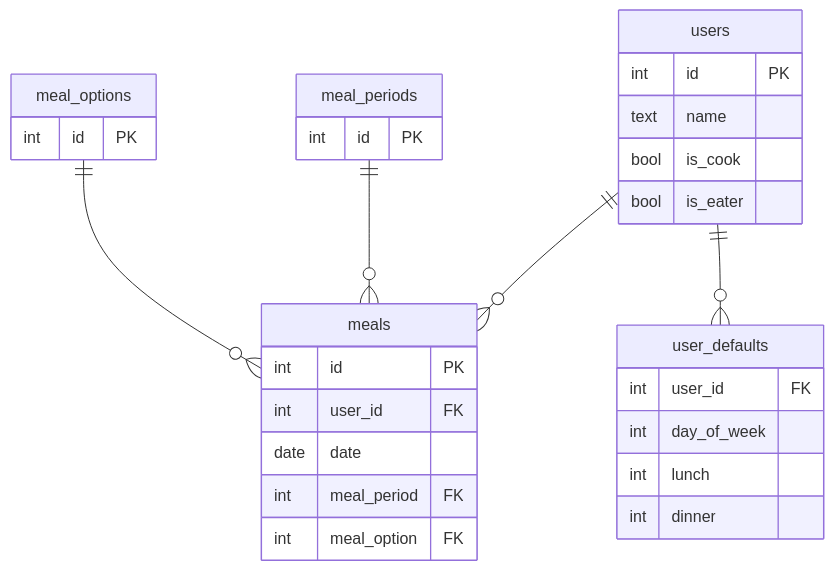
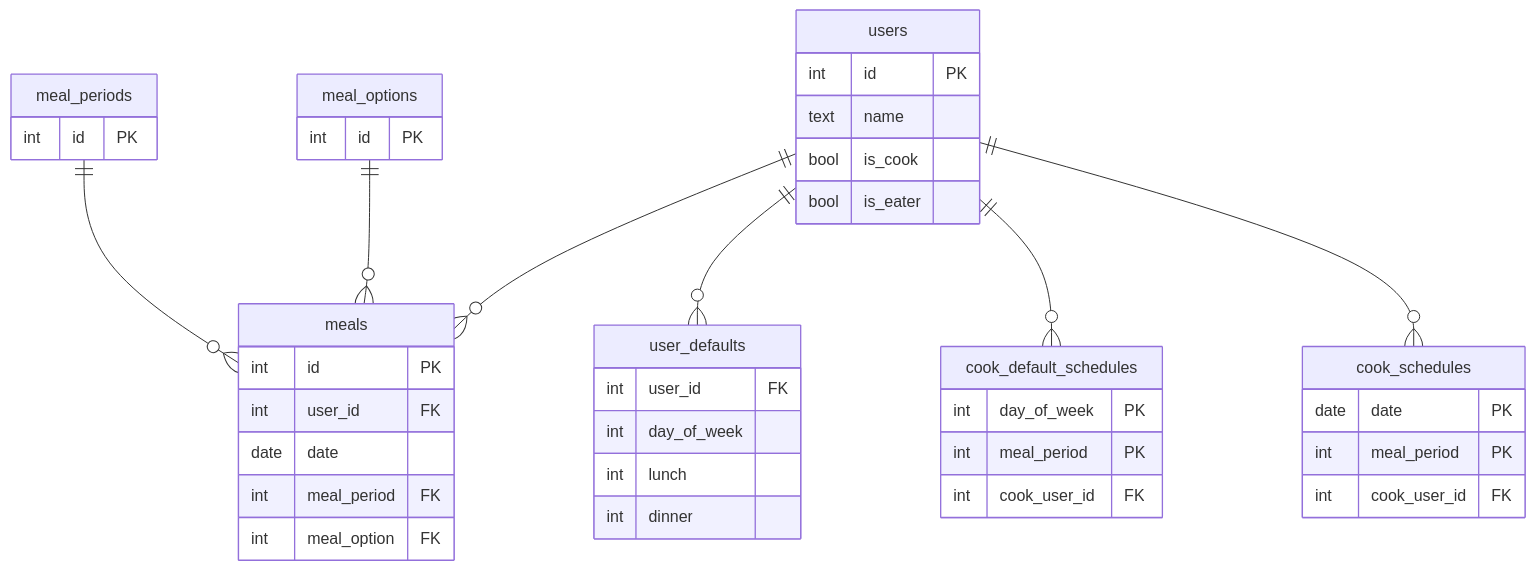
Before and after one commit to wurly200a/go-han: the diagram in docs/database.md, drawn with Mermaid. The commit also changed other lines of this file and 11 other files, not shown here.

First line of the commit message:
feat: cook schedule management — assign cook per date/weekday, daily dashboard (#9)

````diff
--- a/docs/database.md
+++ b/docs/database.md
@@ -5,33 +5,45 @@
 ```mermaid
 erDiagram
     users {
         int id PK
         text name
         bool is_cook
         bool is_eater
     }
     meals {
         int id PK
         int user_id FK
         date date
         int meal_period FK
         int meal_option FK
     }
     meal_periods {
         int id PK
     }
     meal_options {
         int id PK
     }
     user_defaults {
         int user_id FK
         int day_of_week
         int lunch
         int dinner
     }
+    cook_default_schedules {
+        int day_of_week PK
+        int meal_period PK
+        int cook_user_id FK
+    }
+    cook_schedules {
+        date date PK
+        int meal_period PK
+        int cook_user_id FK
+    }
 
     users ||--o{ meals : ""
     users ||--o{ user_defaults : ""
     meal_periods ||--o{ meals : ""
     meal_options ||--o{ meals : ""
+    users ||--o{ cook_default_schedules : ""
+    users ||--o{ cook_schedules : ""
 ```
````
